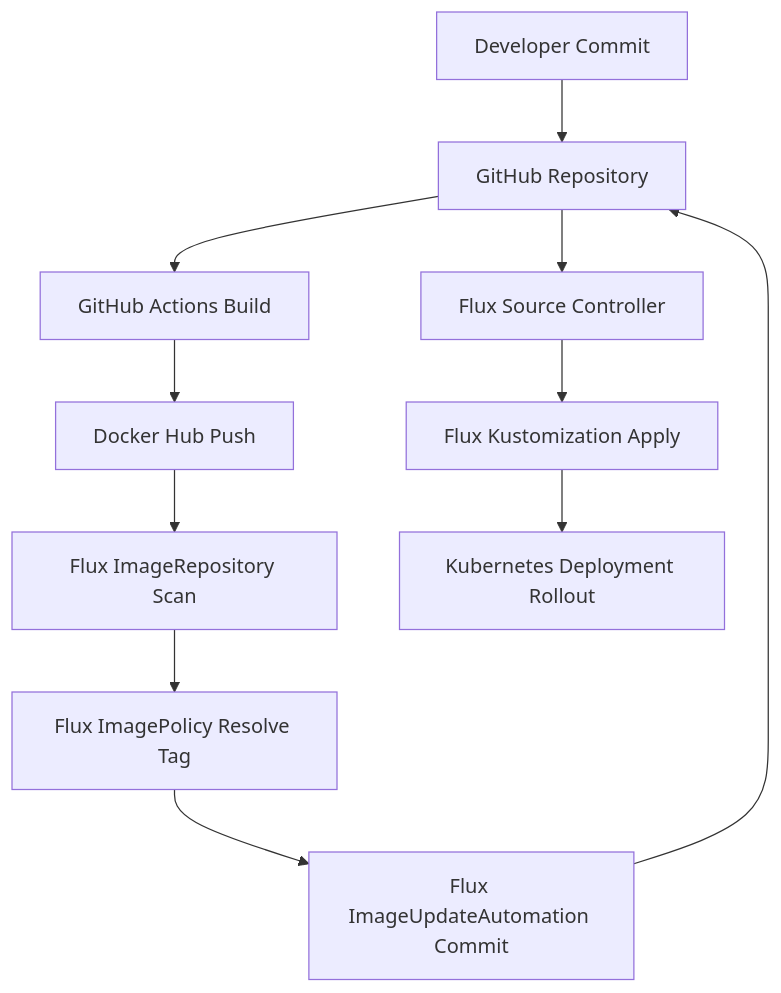
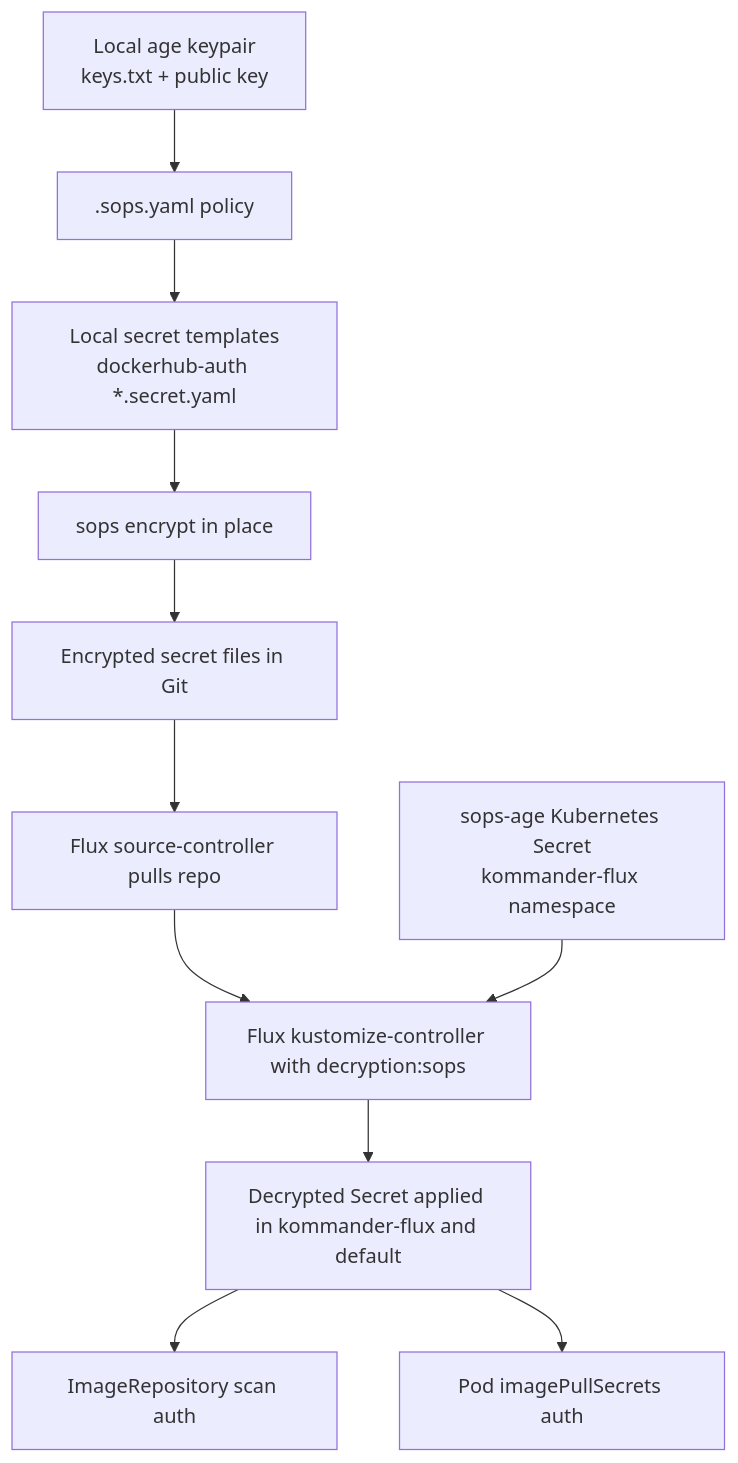
Before and after one commit to fquinino/fluxcd-gitops-: the second of 2 diagrams in fluxcd_lab_guide.md, drawn with Mermaid. The commit also changed other lines of this file and 1 other file, not shown here.

First line of the commit message:
Align lab guide to NKP kommander-flux usage and D2iQ references.

````diff
--- a/fluxcd_lab_guide.md
+++ b/fluxcd_lab_guide.md
@@ -11,13 +409,13 @@
 ```mermaid
 flowchart TD
-    A[Developer Commit] --> B[GitHub Repository]
-    B --> C[GitHub Actions Build]
-    C --> D[Docker Hub Push]
-    D --> E[Flux ImageRepository Scan]
-    E --> F[Flux ImagePolicy Resolve Tag]
-    F --> G[Flux ImageUpdateAutomation Commit]
-    G --> B
-    B --> H[Flux Source Controller]
-    H --> I[Flux Kustomization Apply]
-    I --> J[Kubernetes Deployment Rollout]
+    A[Local age keypair<br/>keys.txt + public key] --> B[.sops.yaml policy]
+    B --> C[Local secret templates<br/>dockerhub-auth *.secret.yaml]
+    C --> D[sops encrypt in place]
+    D --> E[Encrypted secret files in Git]
+    E --> F[Flux source-controller pulls repo]
+    F --> G[Flux kustomize-controller with decryption:sops]
+    H[sops-age Kubernetes Secret<br/>kommander-flux namespace] --> G
+    G --> I[Decrypted Secret applied in kommander-flux and default]
+    I --> J[ImageRepository scan auth]
+    I --> K[Pod imagePullSecrets auth]
 ```
````
